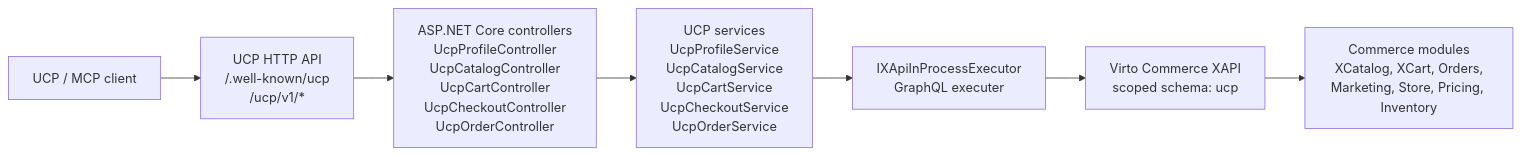
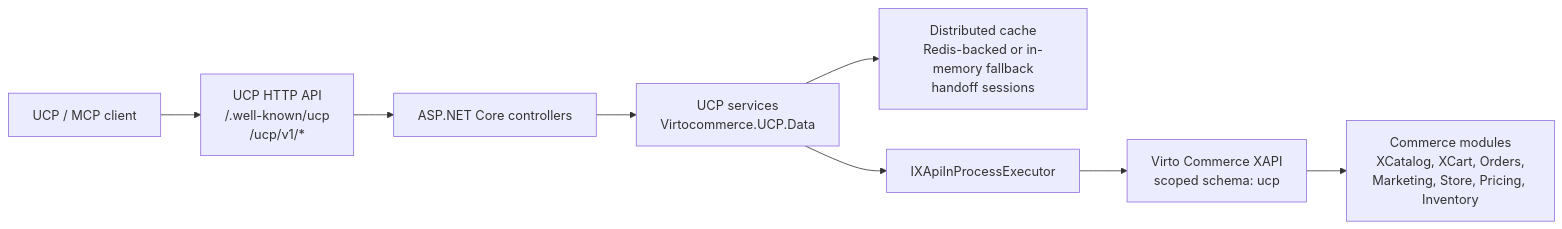
The diagram in README.md (VirtoCommerce/vc-module-u-c-p), drawn with Mermaid before and after one commit. The commit also changed other lines of this file and 61 other files, not shown here.

````diff
--- a/README.md
+++ b/README.md
@@ -40,17 +40,19 @@
 ```mermaid
 flowchart LR
     Client["UCP / MCP client"]
     UcpHttp["UCP HTTP API<br/>/.well-known/ucp<br/>/ucp/v1/*"]
-    Controllers["ASP.NET Core controllers<br/>UcpProfileController<br/>UcpCatalogController<br/>UcpCartController<br/>UcpCheckoutController<br/>UcpOrderController"]
-    Services["UCP services<br/>UcpProfileService<br/>UcpCatalogService<br/>UcpCartService<br/>UcpCheckoutService<br/>UcpOrderService"]
-    Executor["IXApiInProcessExecutor<br/>GraphQL executer"]
+    Controllers["ASP.NET Core controllers"]
+    Services["UCP services<br/>Virtocommerce.UCP.Data"]
+    Cache["Distributed cache<br/>Redis-backed or in-memory fallback<br/>handoff sessions"]
+    Executor["IXApiInProcessExecutor"]
     XApi["Virto Commerce XAPI<br/>scoped schema: ucp"]
     Modules["Commerce modules<br/>XCatalog, XCart, Orders,<br/>Marketing, Store, Pricing, Inventory"]
 
     Client --> UcpHttp
     UcpHttp --> Controllers
     Controllers --> Services
+    Services --> Cache
     Services --> Executor
     Executor --> XApi
     XApi --> Modules
 ```
````
